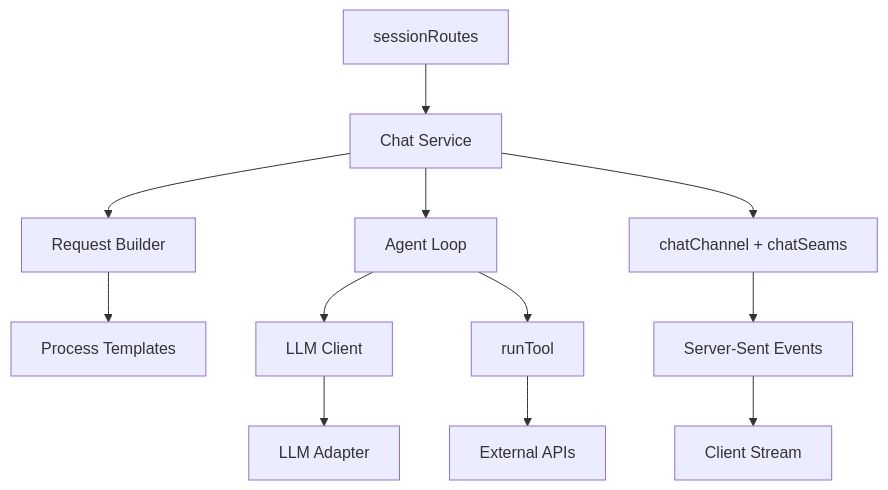
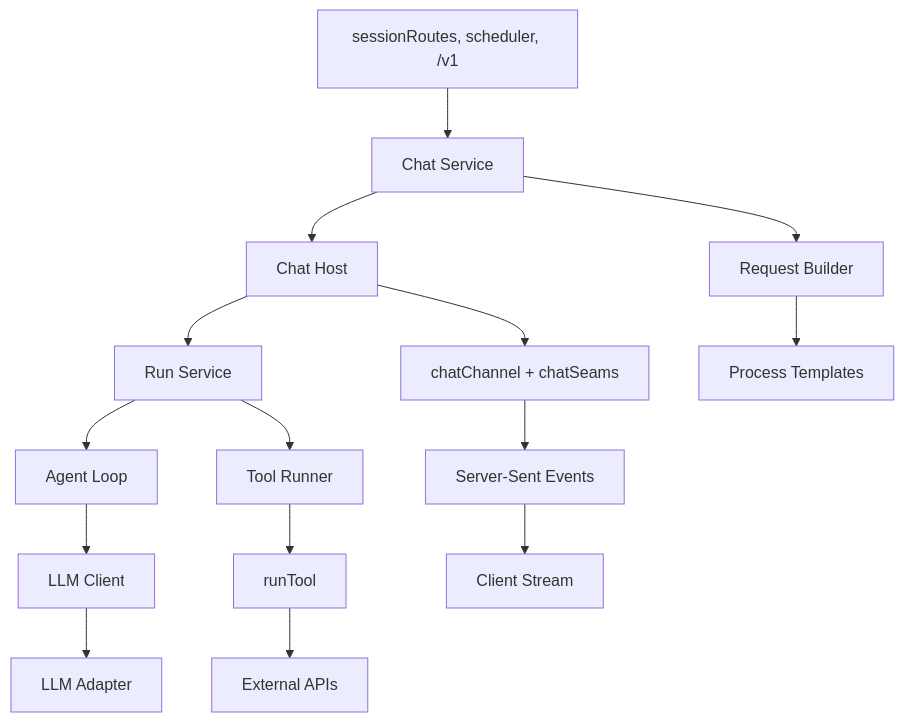
One commit to intrafind/ihub-apps changed the fifth of 5 diagrams in docs/developer-onboarding.md. Above: the diagram before and after it, drawn with Mermaid. The commit also changed other lines of this file and 7 other files, not shown here.

First line of the commit message:
docs(run): the run service for chat, scheduled runs and /v1; unattended admin rights

````diff
--- a/docs/developer-onboarding.md
+++ b/docs/developer-onboarding.md
@@ -455,16 +455,19 @@
 ```mermaid
 graph TB
-    Routes[sessionRoutes] --> ChatService[Chat Service]
+    Routes[sessionRoutes, scheduler, /v1] --> ChatService[Chat Service]
     ChatService --> RequestBuilder[Request Builder]
-    ChatService --> AgentLoop[Agent Loop]
-    ChatService --> Projection[chatChannel + chatSeams]
+    ChatService --> ChatHost[Chat Host]
+    ChatHost --> RunService[Run Service]
+    ChatHost --> Projection[chatChannel + chatSeams]
+    RunService --> AgentLoop[Agent Loop]
+    RunService --> ToolRunner[Tool Runner]
 
     RequestBuilder --> Templates[Process Templates]
     AgentLoop --> LLMClient[LLM Client]
-    AgentLoop --> Tools[runTool]
+    ToolRunner --> Tools[runTool]
     LLMClient --> LLMAdapter[LLM Adapter]
     Tools --> External[External APIs]
 
     Projection --> SSE[Server-Sent Events]
     SSE --> Client[Client Stream]
 ```
````
